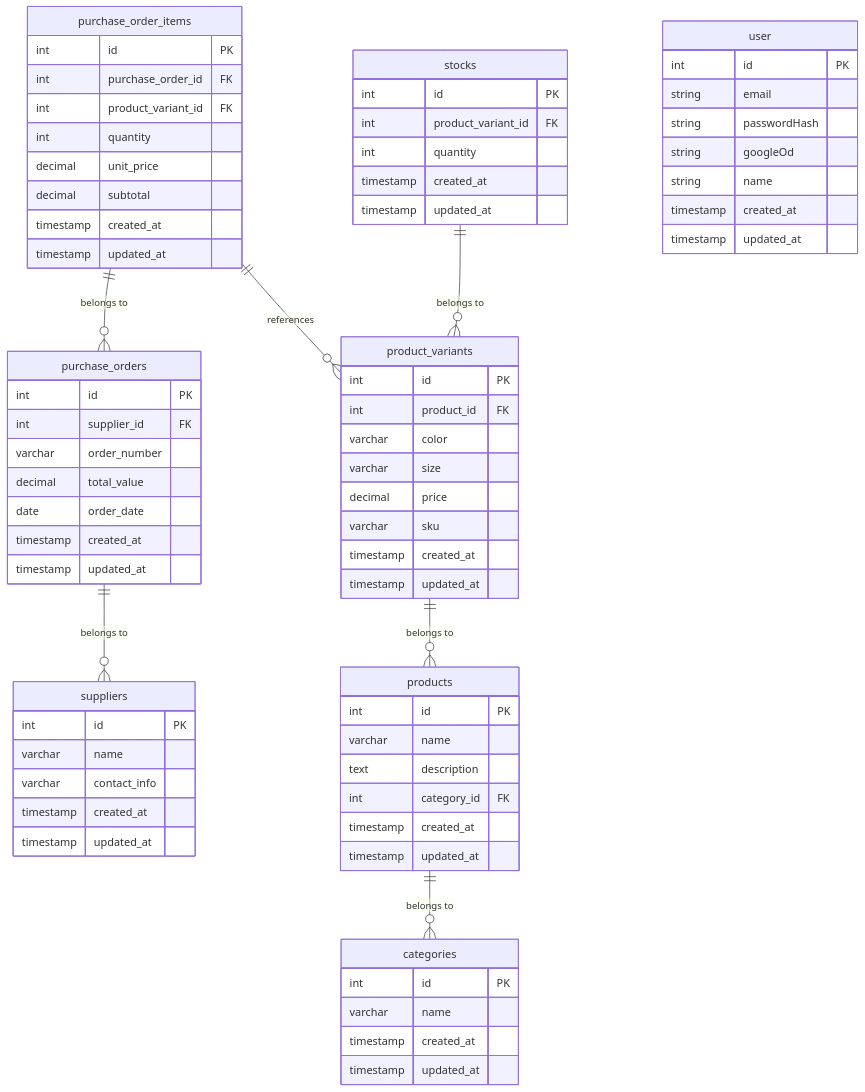
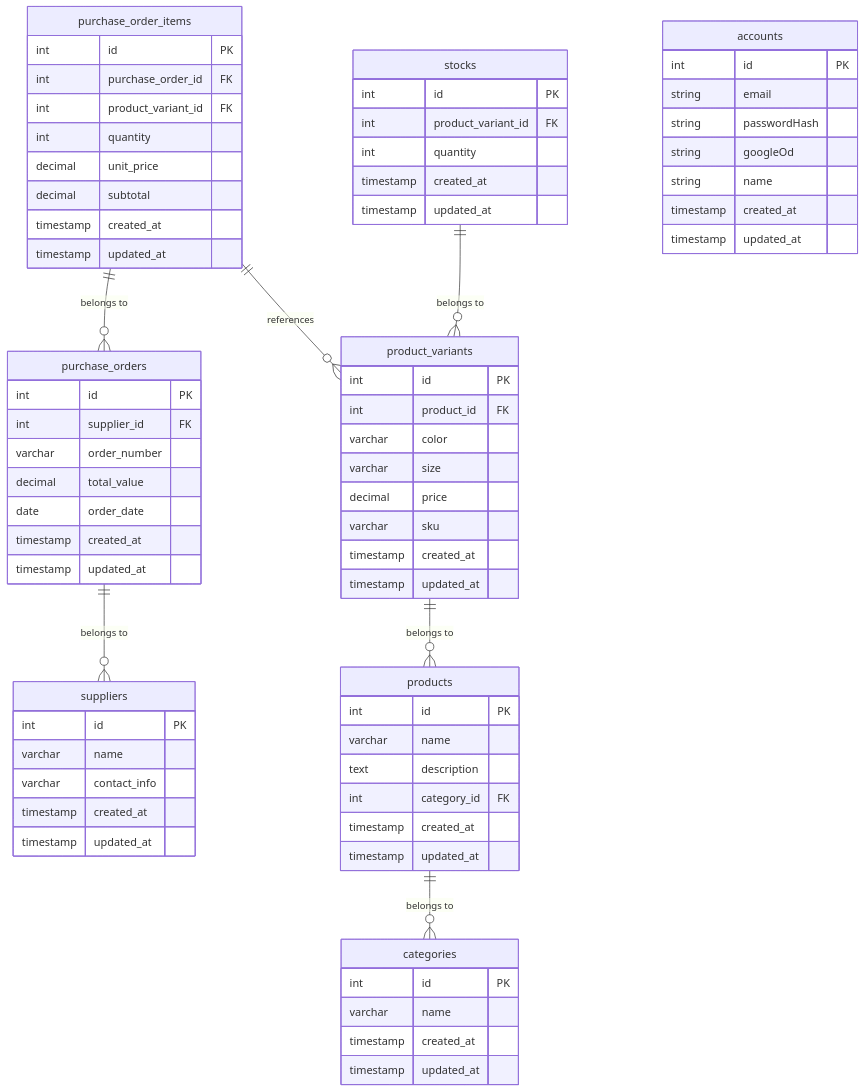
The diagram in db_diagram.md (vakaman/graciosa.by.tau), drawn with Mermaid before and after one commit. The commit also changed 203 other files, not shown here.

```diff
--- a/db_diagram.md
+++ b/db_diagram.md
@@ -66,7 +66,7 @@
     timestamp updated_at
   }
 
-  user {
+  accounts {
     int id PK
     string email
     string passwordHash
```
